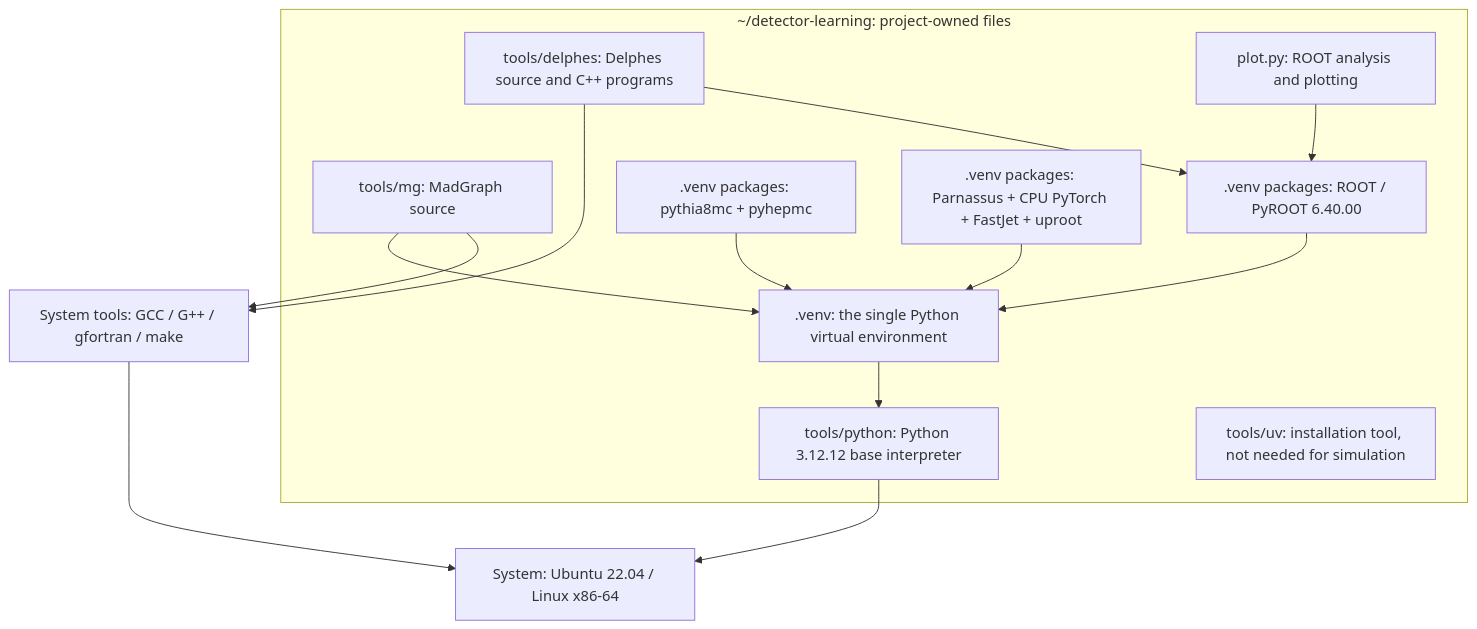
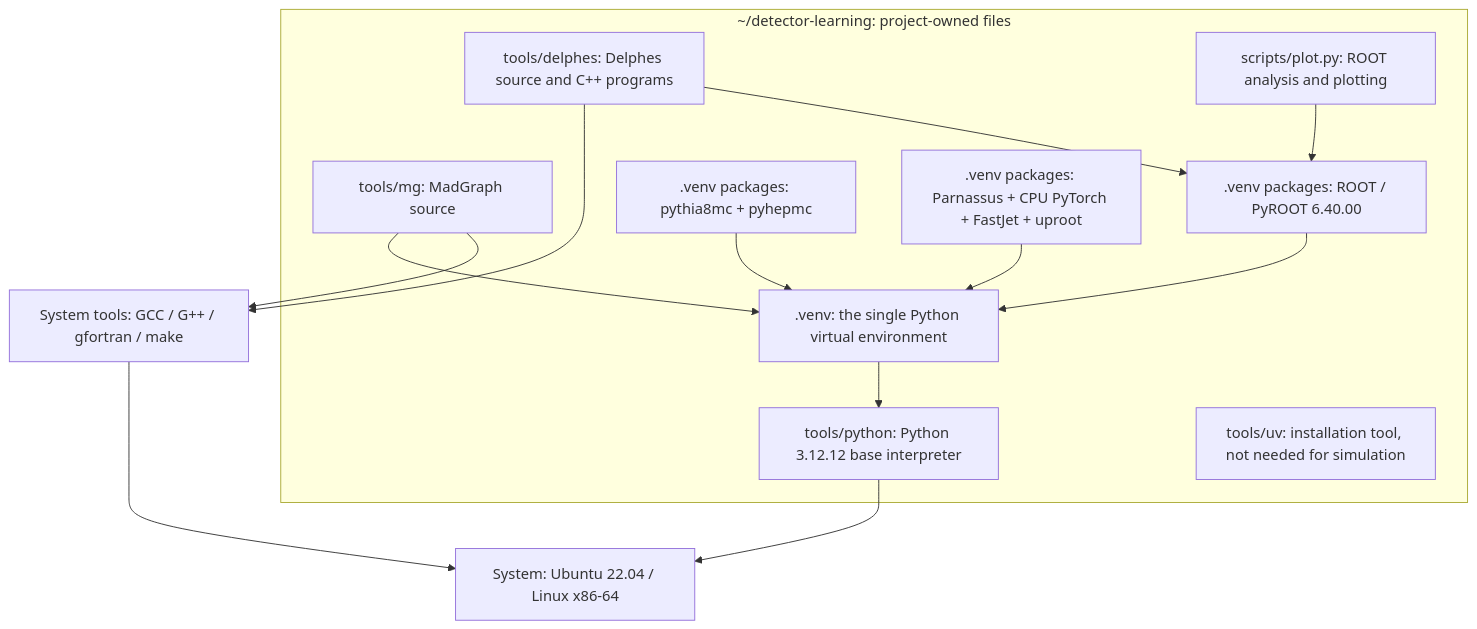
One commit to RuneTan/detector-learning changed the diagram in docs/dependencies.md. Above: the diagram before and after it, drawn with Mermaid. The commit also changed other lines of this file and 22 other files, not shown here.

````diff
--- a/docs/dependencies.md
+++ b/docs/dependencies.md
@@ -11,27 +11,27 @@
 ```mermaid
 flowchart TB
     OS["System: Ubuntu 22.04 / Linux x86-64"]
     COMP["System tools: GCC / G++ / gfortran / make"]
     subgraph PROJECT["~/detector-learning: project-owned files"]
         BASE["tools/python: Python 3.12.12 base interpreter"]
         ENV[".venv: the single Python virtual environment"]
         MG["tools/mg: MadGraph source"]
         DEL["tools/delphes: Delphes source and C++ programs"]
         ROOT[".venv packages: ROOT / PyROOT 6.40.00"]
         PYTHIA[".venv packages: pythia8mc + pyhepmc"]
         PAR[".venv packages: Parnassus + CPU PyTorch + FastJet + uproot"]
-        PLOT["plot.py: ROOT analysis and plotting"]
+        PLOT["scripts/plot.py: ROOT analysis and plotting"]
         UV["tools/uv: installation tool, not needed for simulation"]
     end
     BASE --> OS
     ENV --> BASE
     COMP --> OS
     MG --> ENV
     MG --> COMP
     DEL --> COMP
     DEL --> ROOT
     ROOT --> ENV
     PYTHIA --> ENV
     PAR --> ENV
     PLOT --> ROOT
 ```
````
